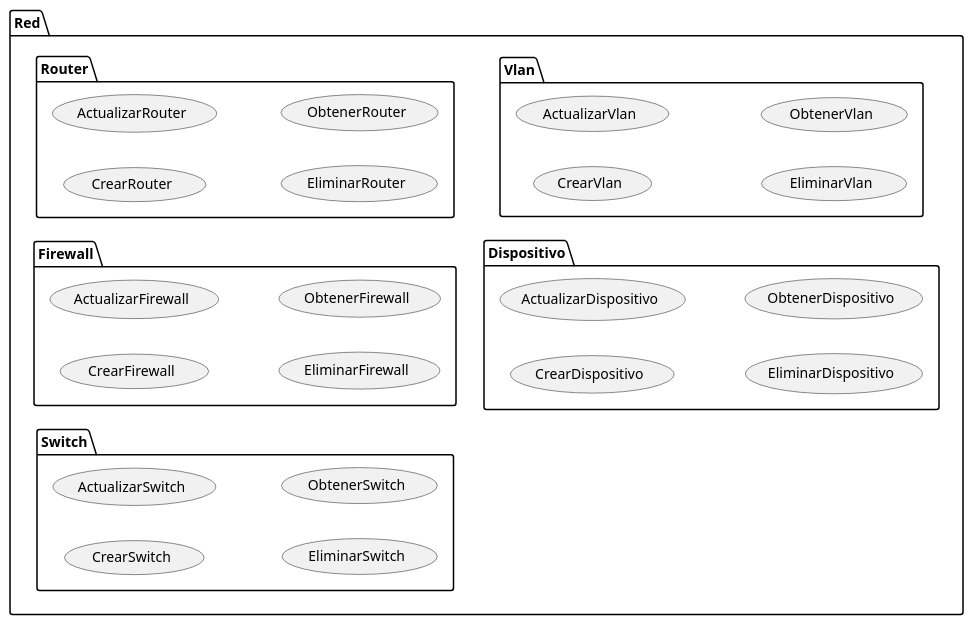
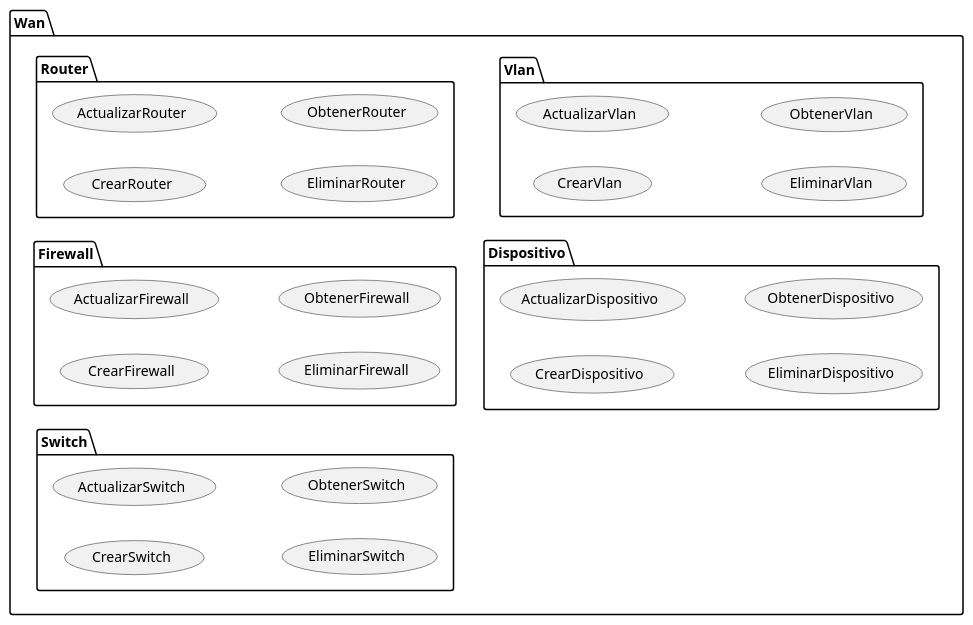
One commit to mmasias/IdSw1-22-23 changed the diagram in 000-entregas/casosDeUso/casosDeUsoRed.plantuml. Above: the diagram before and after it, drawn with PlantUML. The commit also changed 18 other files, not shown here.

```diff
--- a/000-entregas/casosDeUso/casosDeUsoRed.plantuml
+++ b/000-entregas/casosDeUso/casosDeUsoRed.plantuml
@@ -1,42 +1,41 @@
-@startuml casos de uso
-
+@startuml CasosDeUsoRed
 left to right direction
 
-package Red {
+package Wan {
     package Router {
         usecase CrearRouter
         usecase ActualizarRouter
         usecase EliminarRouter
         usecase ObtenerRouter
     }
 
     package Firewall {
         usecase CrearFirewall
         usecase ActualizarFirewall
         usecase EliminarFirewall
         usecase ObtenerFirewall
     }
 
     package Switch {
         usecase CrearSwitch
         usecase ActualizarSwitch
         usecase EliminarSwitch
         usecase ObtenerSwitch
     }
 
     package Vlan {
         usecase CrearVlan
         usecase ActualizarVlan
         usecase EliminarVlan
         usecase ObtenerVlan
     }
 
     package Dispositivo {
         usecase CrearDispositivo
         usecase ActualizarDispositivo
         usecase EliminarDispositivo
         usecase ObtenerDispositivo
     }
 }
 
 @enduml
```
